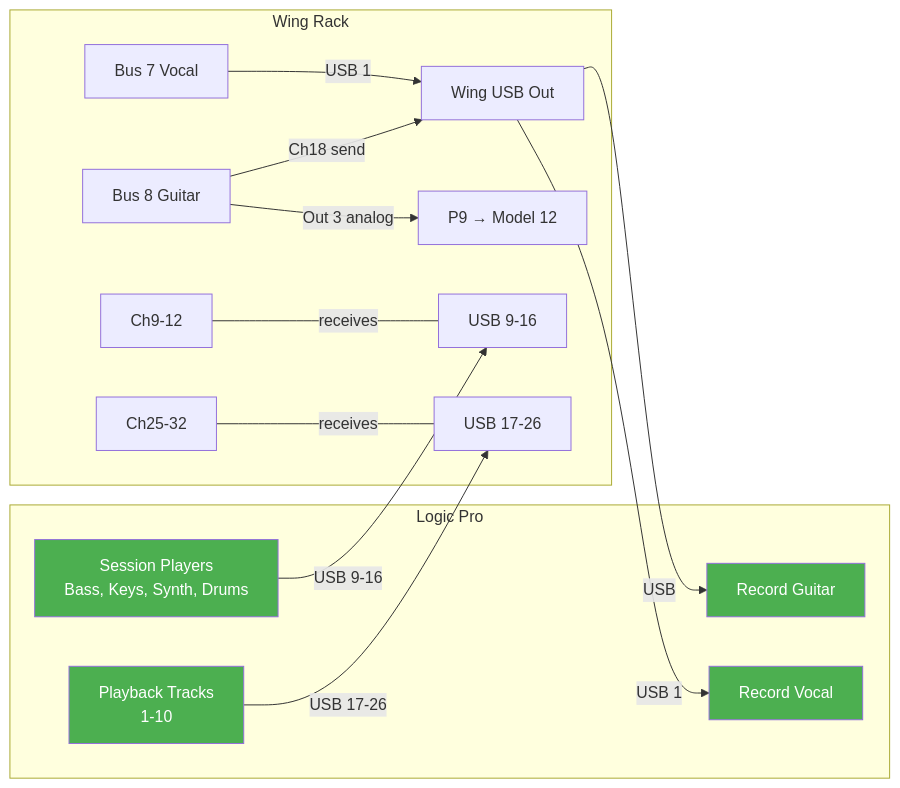
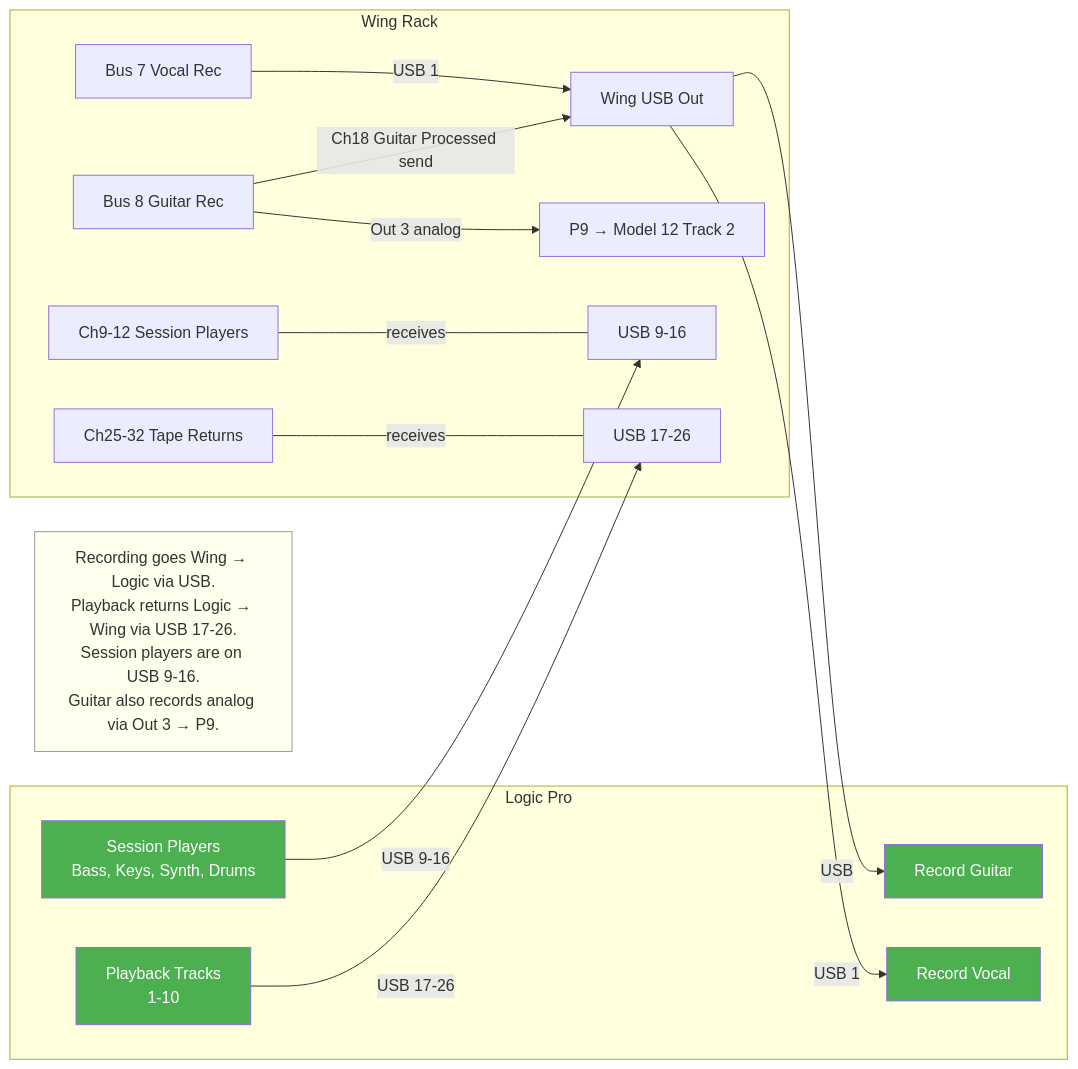
The eighth of 19 diagrams in docs/diagrams.md (ldenman/studio-setup), drawn with Mermaid before and after one commit. The commit also changed other lines of this file, not shown here.

First line of the commit message:
Add names to all bus/channel references, summary notes on every diagram

````diff
--- a/docs/diagrams.md
+++ b/docs/diagrams.md
@@ -304,27 +321,30 @@
 ```mermaid
 graph LR
     subgraph Wing Rack
-        BUS7[Bus 7 Vocal] -->|USB 1| USB_OUT[Wing USB Out]
-        BUS8[Bus 8 Guitar] -->|Out 3 analog| P9[P9 → Model 12]
-        BUS8 -->|Ch18 send| USB_OUT
-        CH9[Ch9-12] ---|receives| USB_IN_SP[USB 9-16]
-        CH25[Ch25-32] ---|receives| USB_IN_TR[USB 17-26]
+        BUS7[Bus 7 Vocal Rec] -->|USB 1| USB_OUT[Wing USB Out]
+        BUS8[Bus 8 Guitar Rec] -->|Out 3 analog| P9[P9 → Model 12 Track 2]
+        BUS8 -->|Ch18 Guitar Processed send| USB_OUT
+        CH9[Ch9-12 Session Players] ---|receives| USB_IN_SP[USB 9-16]
+        CH25[Ch25-32 Tape Returns] ---|receives| USB_IN_TR[USB 17-26]
     end
 
     subgraph Logic Pro
         REC_V[Record Vocal]
         REC_G[Record Guitar]
         SESSION[Session Players<br/>Bass, Keys, Synth, Drums]
         PLAYBACK[Playback Tracks<br/>1-10]
     end
 
     USB_OUT -->|USB 1| REC_V
     USB_OUT -->|USB| REC_G
     SESSION -->|USB 9-16| USB_IN_SP
     PLAYBACK -->|USB 17-26| USB_IN_TR
 
+    NOTE[Recording goes Wing → Logic via USB.<br/>Playback returns Logic → Wing via USB 17-26.<br/>Session players are on USB 9-16.<br/>Guitar also records analog via Out 3 → P9.]
+
     style REC_V fill:#4CAF50,color:#fff
     style REC_G fill:#4CAF50,color:#fff
     style SESSION fill:#4CAF50,color:#fff
     style PLAYBACK fill:#4CAF50,color:#fff
+    style NOTE fill:#ffe,stroke:#999
 ```
````
